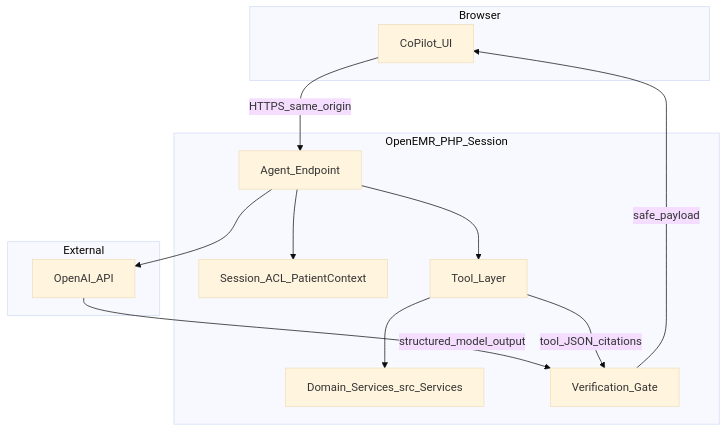
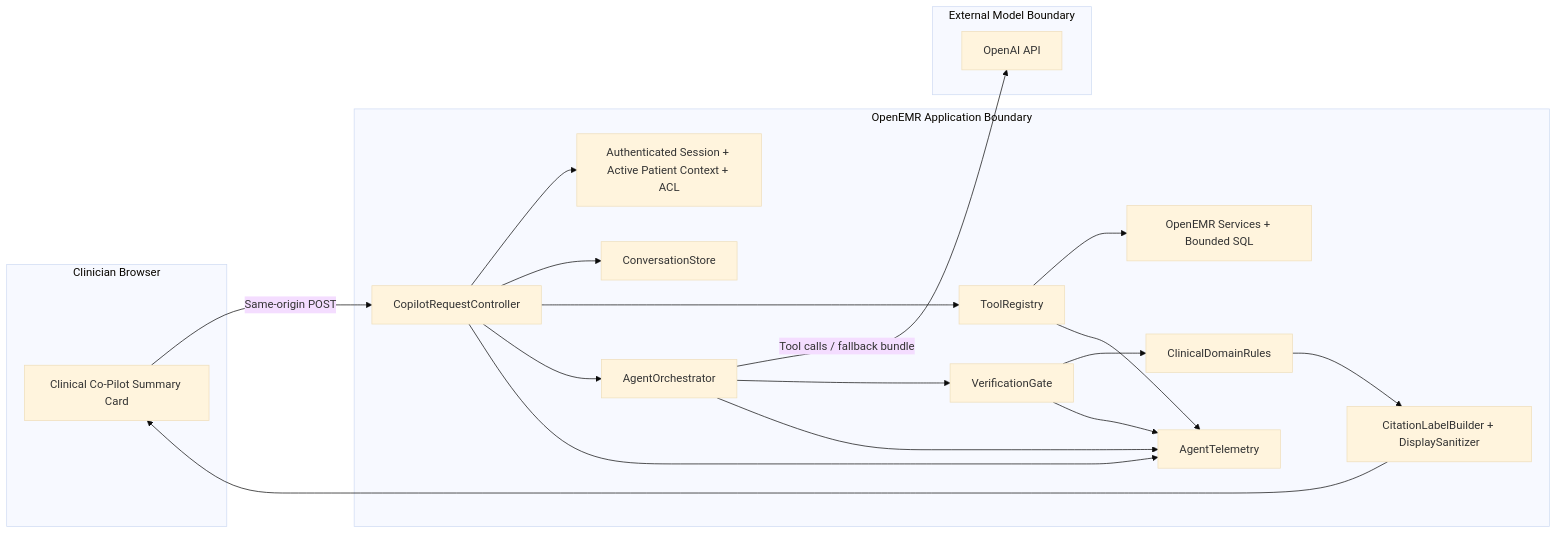
One commit to monigarr/openemr changed the diagram in ARCHITECTURE.md. Above: the diagram before and after it, drawn with Mermaid (base theme). The commit also changed other lines of this file and 15 other files, not shown here.

Commit message:
PRD 1 Module Clinical Co-pilot verified complete on local dev environment. todo: manual visual tests

````diff
--- a/ARCHITECTURE.md
+++ b/ARCHITECTURE.md
@@ -102,24 +150,39 @@
 ```mermaid
-flowchart TB
-  subgraph browser [Browser]
-    UI[CoPilot_UI]
+flowchart LR
+  subgraph UI[Clinician Browser]
+    CARD[Clinical Co-Pilot Summary Card]
   end
-  subgraph openemr [OpenEMR_PHP_Session]
-    EP[Agent_Endpoint]
-    ACL[Session_ACL_PatientContext]
-    TL[Tool_Layer]
-    SV[Domain_Services_src_Services]
-    VG[Verification_Gate]
+
+  subgraph APP[OpenEMR Application Boundary]
+    CTRL[CopilotRequestController]
+    ACL[Authenticated Session + Active Patient Context + ACL]
+    CONV[ConversationStore]
+    TOOLS[ToolRegistry]
+    SRV[OpenEMR Services + Bounded SQL]
+    ORCH[AgentOrchestrator]
+    VERIFY[VerificationGate]
+    RULES[ClinicalDomainRules]
+    LABELS[CitationLabelBuilder + DisplaySanitizer]
+    TELEMETRY[AgentTelemetry]
   end
-  subgraph external [External]
-    OAI[OpenAI_API]
+
+  subgraph MODEL[External Model Boundary]
+    OAI[OpenAI API]
   end
-  UI -->|HTTPS_same_origin| EP
-  EP --> ACL
-  EP --> TL
-  TL --> SV
-  EP --> OAI
-  OAI -->|structured_model_output| VG
-  TL -->|tool_JSON_citations| VG
-  VG -->|safe_payload| UI
+
+  CARD -->|Same-origin POST| CTRL
+  CTRL --> ACL
+  CTRL --> CONV
+  CTRL --> TOOLS
+  TOOLS --> SRV
+  CTRL --> ORCH
+  ORCH -->|Tool calls / fallback bundle| OAI
+  ORCH --> VERIFY
+  VERIFY --> RULES
+  RULES --> LABELS
+  LABELS --> CARD
+  CTRL --> TELEMETRY
+  TOOLS --> TELEMETRY
+  ORCH --> TELEMETRY
+  VERIFY --> TELEMETRY
 ```
````
